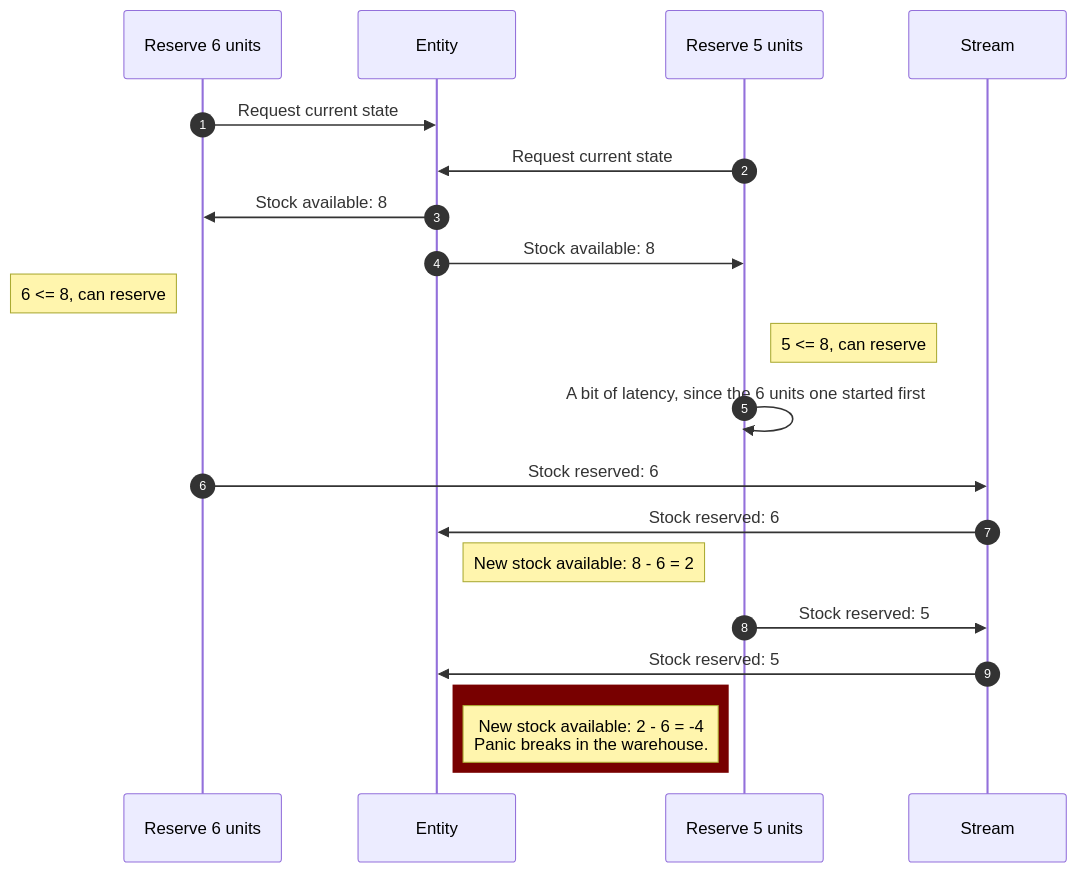
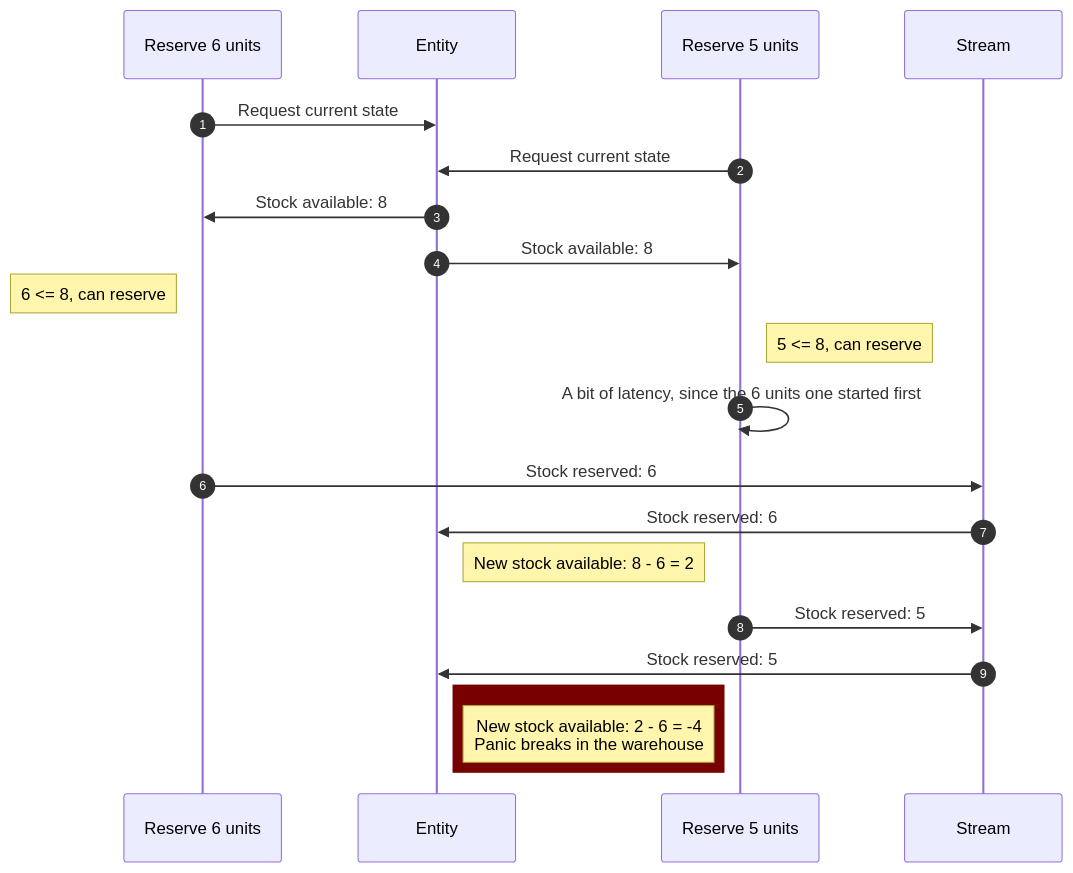
The diagram in rfc.md (JYCabello/yeray-booster-tryout), drawn with Mermaid before and after one commit. The commit also changed other lines of this file, not shown here.

````diff
--- a/rfc.md
+++ b/rfc.md
@@ -56,19 +56,19 @@
 ```mermaid
 sequenceDiagram
   autonumber
   Reserve 6 units ->> Entity: Request current state
   Reserve 5 units ->> Entity: Request current state
   Entity ->> Reserve 6 units: Stock available: 8
   Entity ->> Reserve 5 units: Stock available: 8
   Note left of Reserve 6 units: 6 <= 8, can reserve
   Note right of Reserve 5 units: 5 <= 8, can reserve
   Reserve 5 units ->> Reserve 5 units: A bit of latency, since the 6 units one started first
   Reserve 6 units ->> Stream: Stock reserved: 6
   Stream ->> Entity: Stock reserved: 6
   Note right of Entity: New stock available: 8 - 6 = 2
   Reserve 5 units ->> Stream: Stock reserved: 5
   Stream ->> Entity: Stock reserved: 5
   rect rgb(120, 0, 0)
-    Note right of Entity: New stock available: 2 - 6 = -4<br/>Panic breaks in the warehouse.
+    Note right of Entity: New stock available: 2 - 6 = -4<br/>Panic breaks in the warehouse
   end
 ```
````
